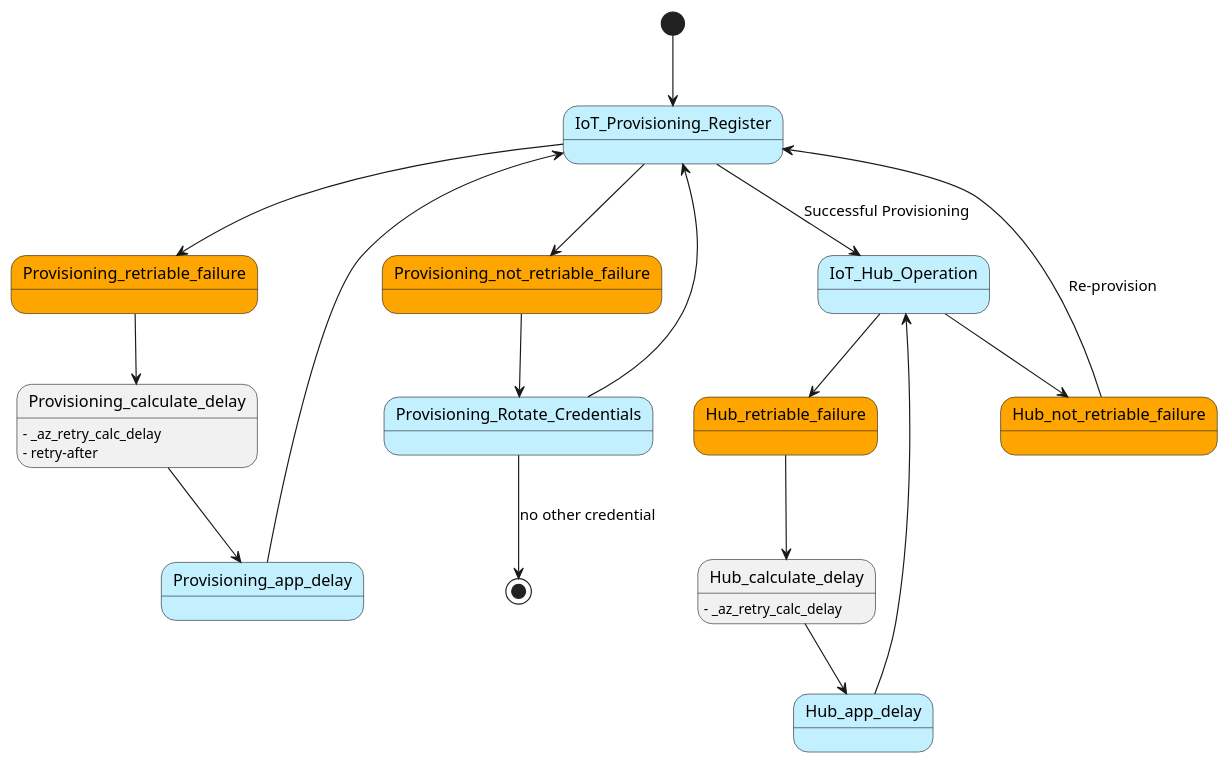
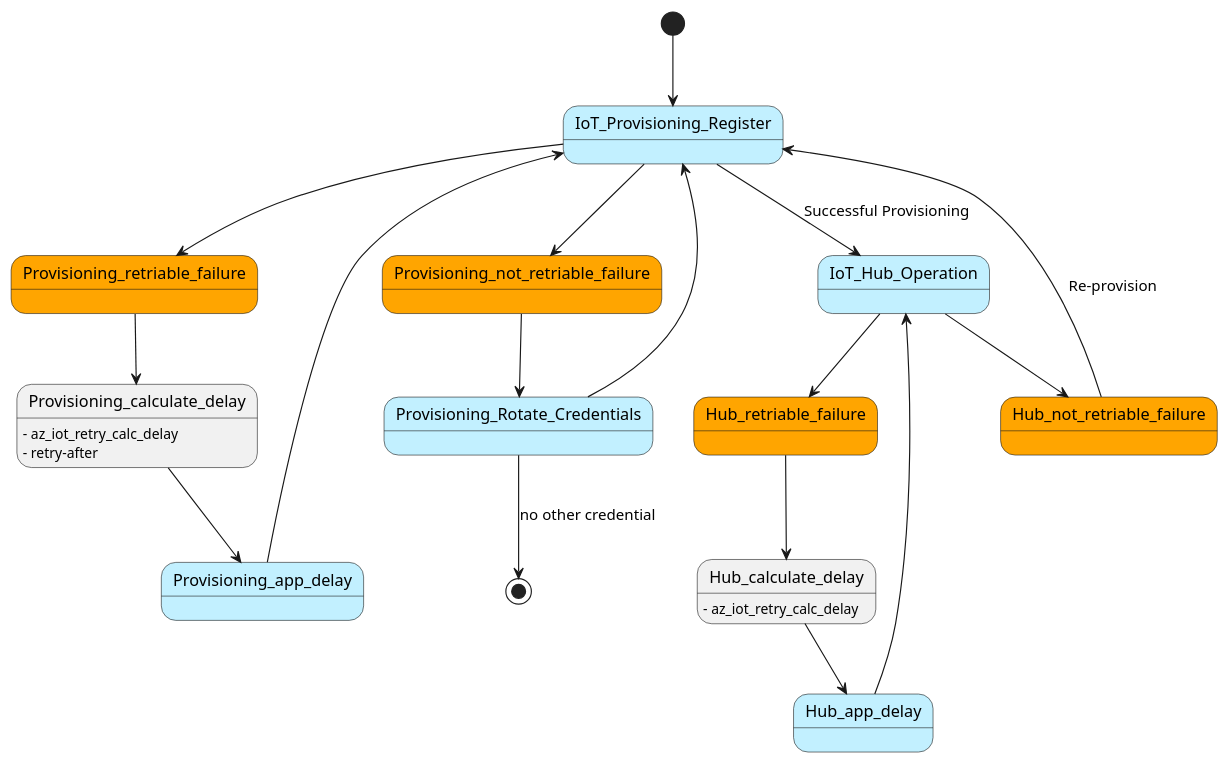
Before and after one commit to Azure/azure-sdk-for-c: the diagram in sdk/iot/core/doc/resources/iot_retry_flow.puml, drawn with PlantUML. The commit also changed 8 other files, not shown here.

```diff
--- a/sdk/iot/core/doc/resources/iot_retry_flow.puml
+++ b/sdk/iot/core/doc/resources/iot_retry_flow.puml
@@ -1,46 +1,46 @@
 @startuml
 skinparam state {
     BackgroundColor<<APP>> APPLICATION
     BackgroundColor<<STRUCT>> Lavender
     BackgroundColor<<FAIL>> Orange
 }
 
 [*] --> IoT_Provisioning_Register
 state IoT_Provisioning_Register <<APP>>
 
 ' Provisioning Retriable errors
 IoT_Provisioning_Register --> Provisioning_retriable_failure
 state Provisioning_retriable_failure<<FAIL>>
 Provisioning_retriable_failure --> Provisioning_calculate_delay
 Provisioning_calculate_delay --> Provisioning_app_delay
 state Provisioning_app_delay<<APP>>
 Provisioning_app_delay --> IoT_Provisioning_Register
-Provisioning_calculate_delay: - _az_retry_calc_delay
+Provisioning_calculate_delay: - az_iot_retry_calc_delay
 Provisioning_calculate_delay: - retry-after
 
 ' Provisioning Non-retriable 
 IoT_Provisioning_Register --> Provisioning_not_retriable_failure
 state Provisioning_not_retriable_failure<<FAIL>>
 Provisioning_not_retriable_failure --> Provisioning_Rotate_Credentials
 state Provisioning_Rotate_Credentials <<APP>>
 Provisioning_Rotate_Credentials --> IoT_Provisioning_Register
 Provisioning_Rotate_Credentials --> [*] : no other credential
 
 IoT_Provisioning_Register --> IoT_Hub_Operation : Successful Provisioning
 state IoT_Hub_Operation <<APP>>
 
 ' Hub Retriable errors
 IoT_Hub_Operation --> Hub_retriable_failure
 state Hub_retriable_failure<<FAIL>>
 Hub_retriable_failure --> Hub_calculate_delay
 Hub_calculate_delay --> Hub_app_delay
 state Hub_app_delay<<APP>>
 Hub_app_delay --> IoT_Hub_Operation
-Hub_calculate_delay: - _az_retry_calc_delay
+Hub_calculate_delay: - az_iot_retry_calc_delay
 
 ' Hub Non-retriable 
 IoT_Hub_Operation --> Hub_not_retriable_failure
 state Hub_not_retriable_failure<<FAIL>>
 Hub_not_retriable_failure --> IoT_Provisioning_Register : Re-provision
 
 @enduml
```
